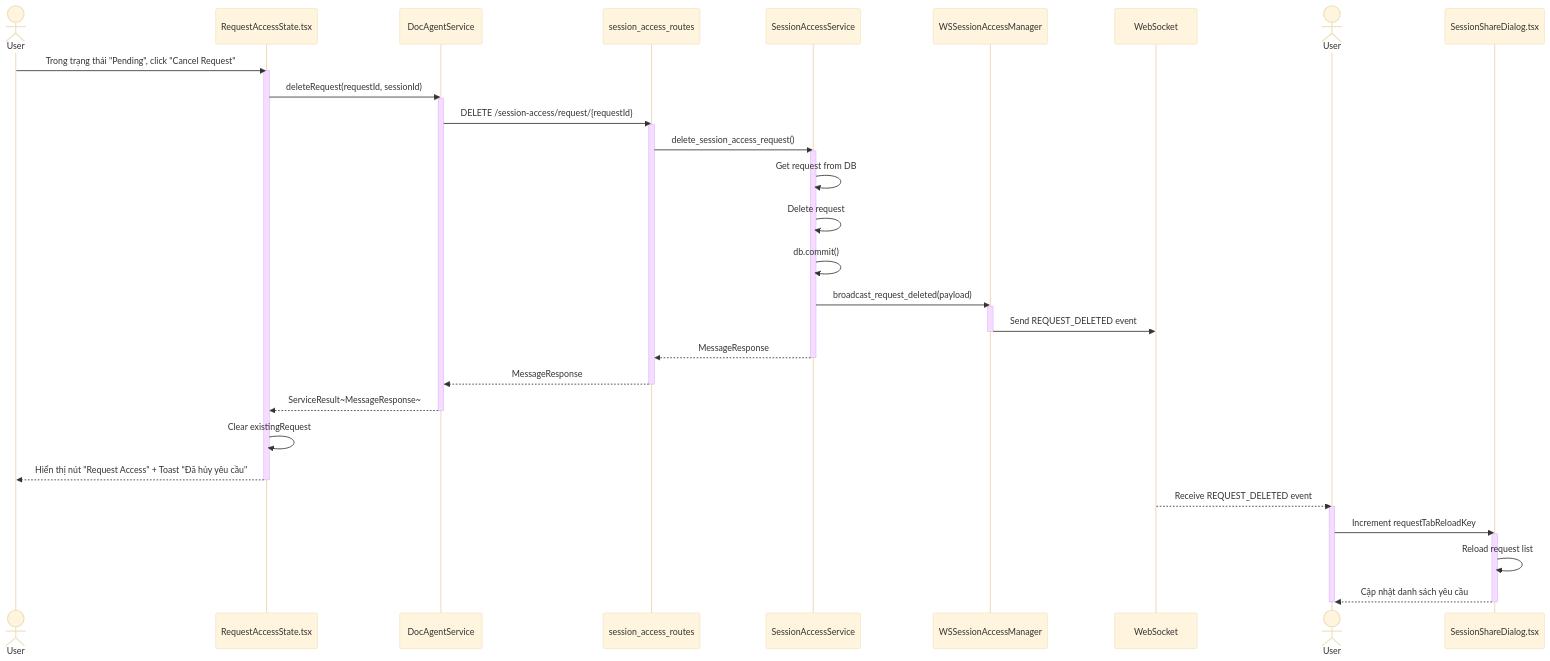
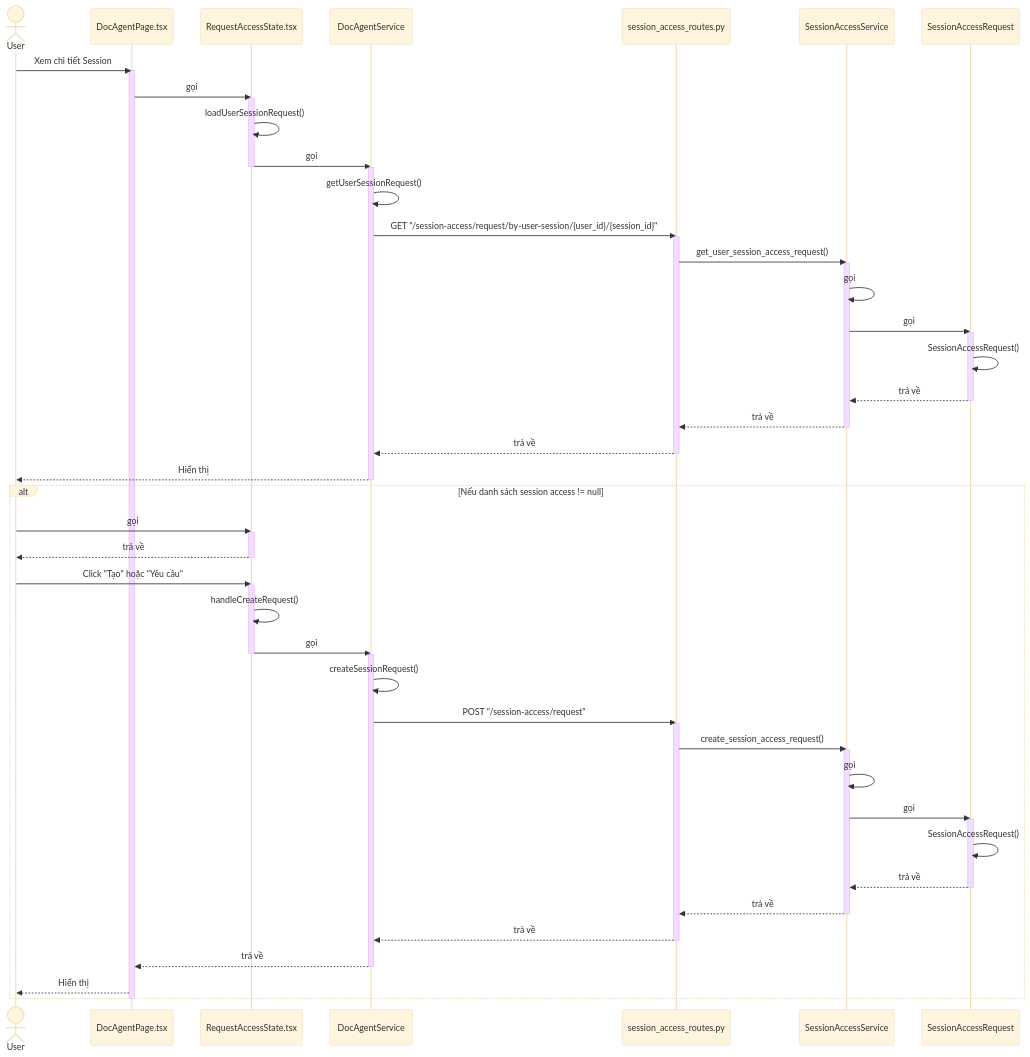
Before and after one commit to mduc-2610/gp_doc: the seventh of 9 diagrams in session_access/4_session_access_seq.md, drawn with Mermaid (base theme). The commit also changed other lines of this file and 34 other files, not shown here.

````diff
--- a/session_access/4_session_access_seq.md
+++ b/session_access/4_session_access_seq.md
@@ -424,51 +416,88 @@
 ```mermaid
 sequenceDiagram
-    actor User1 as User
+    actor User
+    participant DocAgentPage as DocAgentPage.tsx
     participant RequestAccessState as RequestAccessState.tsx
     participant DocAgentService as DocAgentService
-    participant SessionAccessRoutes as session_access_routes
+    participant SessionAccessRoutes as session_access_routes.py
     participant SessionAccessService as SessionAccessService
-    participant WSManager as WSSessionAccessManager
-    participant WebSocket as WebSocket
-    actor User2 as User
-    participant ShareModal as SessionShareDialog.tsx
+    participant SessionAccessRequest as SessionAccessRequest
 
-    User1->>RequestAccessState: Trong trạng thái "Pending", click "Cancel Request"
+    User->>DocAgentPage: Xem chi tiết Session
+    activate DocAgentPage
+    
+    DocAgentPage->>RequestAccessState: gọi
     activate RequestAccessState
     
-    RequestAccessState->>DocAgentService: deleteRequest(requestId, sessionId)
+    RequestAccessState->>RequestAccessState: loadUserSessionRequest()
+    RequestAccessState->>DocAgentService: gọi
+    deactivate RequestAccessState
     activate DocAgentService
-    DocAgentService->>SessionAccessRoutes: DELETE /session-access/request/{requestId}
+    
+    DocAgentService->>DocAgentService: getUserSessionRequest()
+    DocAgentService->>SessionAccessRoutes: GET "/session-access/request/by-user-session/{user_id}/{session_id}"
     activate SessionAccessRoutes
-    SessionAccessRoutes->>SessionAccessService: delete_session_access_request()
+    
+    SessionAccessRoutes->>SessionAccessService: get_user_session_access_request()
     activate SessionAccessService
     
-    SessionAccessService->>SessionAccessService: Get request from DB
-    SessionAccessService->>SessionAccessService: Delete request
-    SessionAccessService->>SessionAccessService: db.commit()
+    SessionAccessService->>SessionAccessService: gọi
+    SessionAccessService->>SessionAccessRequest: gọi
+    activate SessionAccessRequest
     
-    SessionAccessService->>WSManager: broadcast_request_deleted(payload)
-    activate WSManager
-    WSManager->>WebSocket: Send REQUEST_DELETED event
-    deactivate WSManager
+    SessionAccessRequest->>SessionAccessRequest: SessionAccessRequest()
+    SessionAccessRequest-->>SessionAccessService: trả về
+    deactivate SessionAccessRequest
     
-    SessionAccessService-->>SessionAccessRoutes: MessageResponse
+    SessionAccessService-->>SessionAccessRoutes: trả về
     deactivate SessionAccessService
-    SessionAccessRoutes-->>DocAgentService: MessageResponse
+    
+    SessionAccessRoutes-->>DocAgentService: trả về
     deactivate SessionAccessRoutes
-    DocAgentService-->>RequestAccessState: ServiceResult~MessageResponse~
+    
+    DocAgentService-->>User: Hiển thị
     deactivate DocAgentService
     
-    RequestAccessState->>RequestAccessState: Clear existingRequest
-    RequestAccessState-->>User1: Hiển thị nút "Request Access" + Toast "Đã hủy yêu cầu"
-    deactivate RequestAccessState
+    alt Nếu danh sách session access != null
+        User->>RequestAccessState: gọi
+        activate RequestAccessState
+        RequestAccessState-->>User: trả về
+        deactivate RequestAccessState
+        
+        User->>RequestAccessState: Click "Tạo" hoặc "Yêu cầu"
+        activate RequestAccessState
+        
+        RequestAccessState->>RequestAccessState: handleCreateRequest()
+        RequestAccessState->>DocAgentService: gọi
+        deactivate RequestAccessState
+        activate DocAgentService
+        
+        DocAgentService->>DocAgentService: createSessionRequest()
+        DocAgentService->>SessionAccessRoutes: POST "/session-access/request"
+        activate SessionAccessRoutes
+        
+        SessionAccessRoutes->>SessionAccessService: create_session_access_request()
+        activate SessionAccessService
+        
+        SessionAccessService->>SessionAccessService: gọi
+        SessionAccessService->>SessionAccessRequest: gọi
+        activate SessionAccessRequest
+        
+        SessionAccessRequest->>SessionAccessRequest: SessionAccessRequest()
+        SessionAccessRequest-->>SessionAccessService: trả về
+        deactivate SessionAccessRequest
+        
+        SessionAccessService-->>SessionAccessRoutes: trả về
+        deactivate SessionAccessService
+        
+        SessionAccessRoutes-->>DocAgentService: trả về
+        deactivate SessionAccessRoutes
+        
+        DocAgentService-->>DocAgentPage: trả về
+        deactivate DocAgentService
+        
+        DocAgentPage-->>User: Hiển thị
+    end
     
-    WebSocket-->>User2: Receive REQUEST_DELETED event
-    activate User2
-    User2->>ShareModal: Increment requestTabReloadKey
-    activate ShareModal
-    ShareModal->>ShareModal: Reload request list
-    ShareModal-->>User2: Cập nhật danh sách yêu cầu
-    deactivate ShareModal
-    deactivate User2
+    deactivate DocAgentPage
 ```
````
